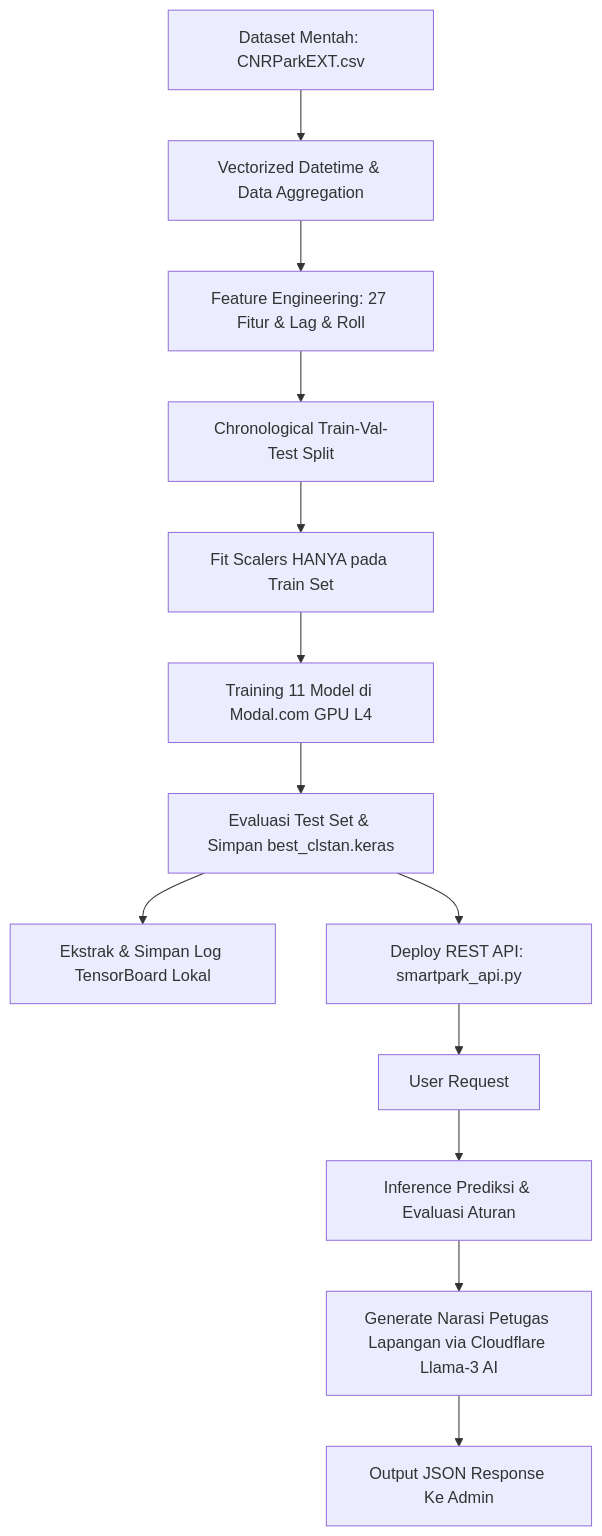
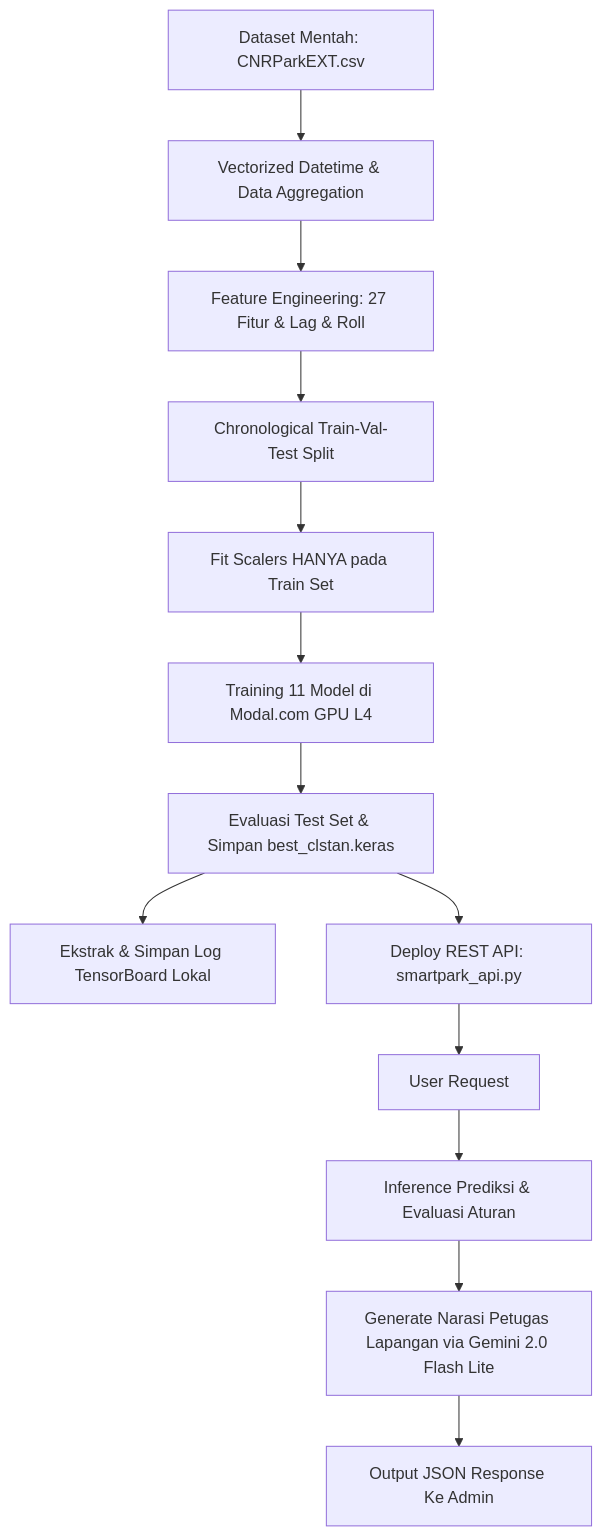
The diagram in modelling/exp_v2_refactored/smartpark_training_report.md (anwarrohmadi2006/smart-parking-opennext), drawn with Mermaid before and after one commit. The commit also changed other lines of this file and 25 other files, not shown here.

Commit message:
chore: revert to Gemini 2.0 Flash Lite

````diff
--- a/modelling/exp_v2_refactored/smartpark_training_report.md
+++ b/modelling/exp_v2_refactored/smartpark_training_report.md
@@ -99,15 +99,15 @@
 ```mermaid
 graph TD
     A[Dataset Mentah: CNRParkEXT.csv] --> B[Vectorized Datetime & Data Aggregation]
     B --> C[Feature Engineering: 27 Fitur & Lag & Roll]
     C --> D[Chronological Train-Val-Test Split]
     D --> E[Fit Scalers HANYA pada Train Set]
     E --> F[Training 11 Model di Modal.com GPU L4]
     F --> G[Evaluasi Test Set & Simpan best_clstan.keras]
     G --> H[Ekstrak & Simpan Log TensorBoard Lokal]
     G --> I[Deploy REST API: smartpark_api.py]
     I --> J[User Request]
     J --> K[Inference Prediksi & Evaluasi Aturan]
-    K --> L[Generate Narasi Petugas Lapangan via Cloudflare Llama-3 AI]
+    K --> L[Generate Narasi Petugas Lapangan via Gemini 2.0 Flash Lite]
     L --> M[Output JSON Response Ke Admin]
 ```
````
